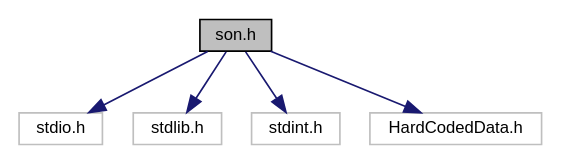
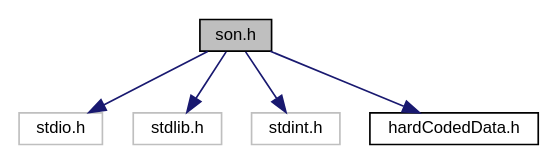
One commit to LevyMatan/ISP_ex1_doc changed the diagram in son_8h__incl.dot. Above: the diagram before and after it, drawn with Graphviz. The commit also changed 73 other files, not shown here.

```diff
--- a/son_8h__incl.dot
+++ b/son_8h__incl.dot
@@ -1,16 +1,16 @@
 digraph "son.h"
 {
  // INTERACTIVE_SVG=YES
  // LATEX_PDF_SIZE
   edge [fontname="Helvetica",fontsize="10",labelfontname="Helvetica",labelfontsize="10"];
   node [fontname="Helvetica",fontsize="10",shape=record];
   Node1 [label="son.h",height=0.2,width=0.4,color="black", fillcolor="grey75", style="filled", fontcolor="black",tooltip="Son header file."];
   Node1 -> Node2 [color="midnightblue",fontsize="10",style="solid",fontname="Helvetica"];
   Node2 [label="stdio.h",height=0.2,width=0.4,color="grey75", fillcolor="white", style="filled",tooltip=" "];
   Node1 -> Node3 [color="midnightblue",fontsize="10",style="solid",fontname="Helvetica"];
   Node3 [label="stdlib.h",height=0.2,width=0.4,color="grey75", fillcolor="white", style="filled",tooltip=" "];
   Node1 -> Node4 [color="midnightblue",fontsize="10",style="solid",fontname="Helvetica"];
   Node4 [label="stdint.h",height=0.2,width=0.4,color="grey75", fillcolor="white", style="filled",tooltip=" "];
   Node1 -> Node5 [color="midnightblue",fontsize="10",style="solid",fontname="Helvetica"];
-  Node5 [label="HardCodedData.h",height=0.2,width=0.4,color="grey75", fillcolor="white", style="filled",tooltip=" "];
+  Node5 [label="hardCodedData.h",height=0.2,width=0.4,color="black", fillcolor="white", style="filled",URL="$_son_2hard_coded_data_8h.html",tooltip="Son hard coded data. Instead of using magic numbers and string in the code, meanigful defined names w..."];
 }
```
